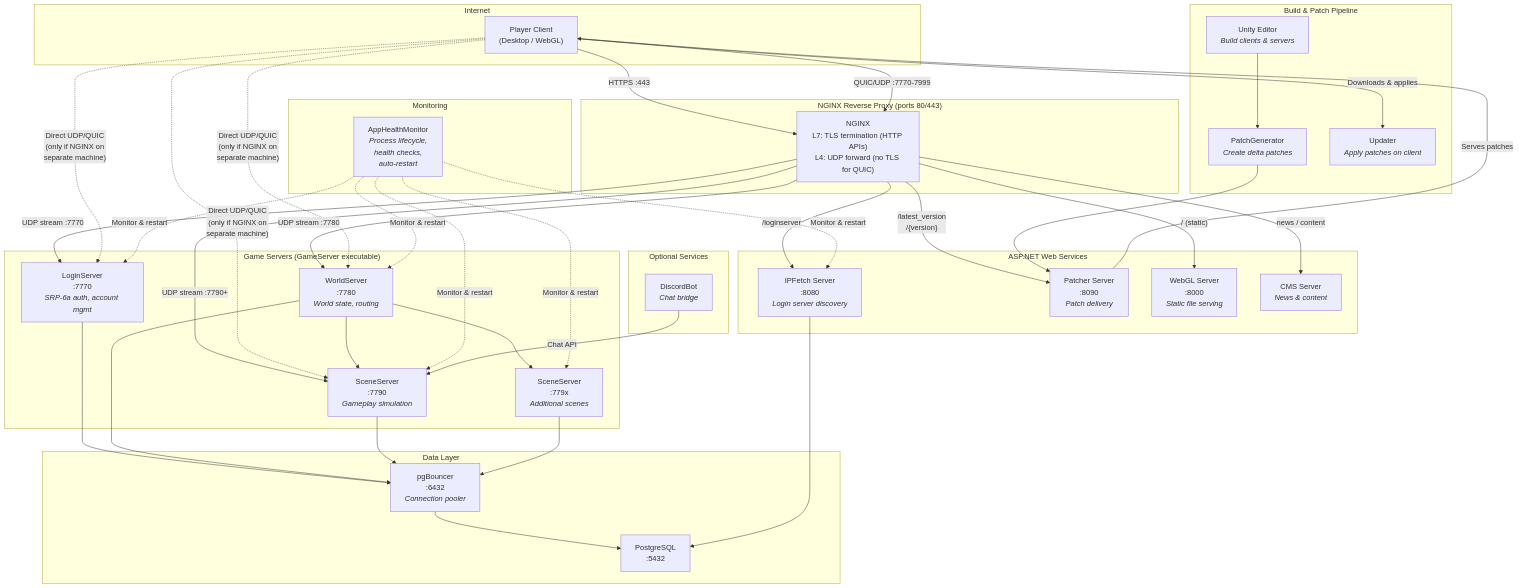
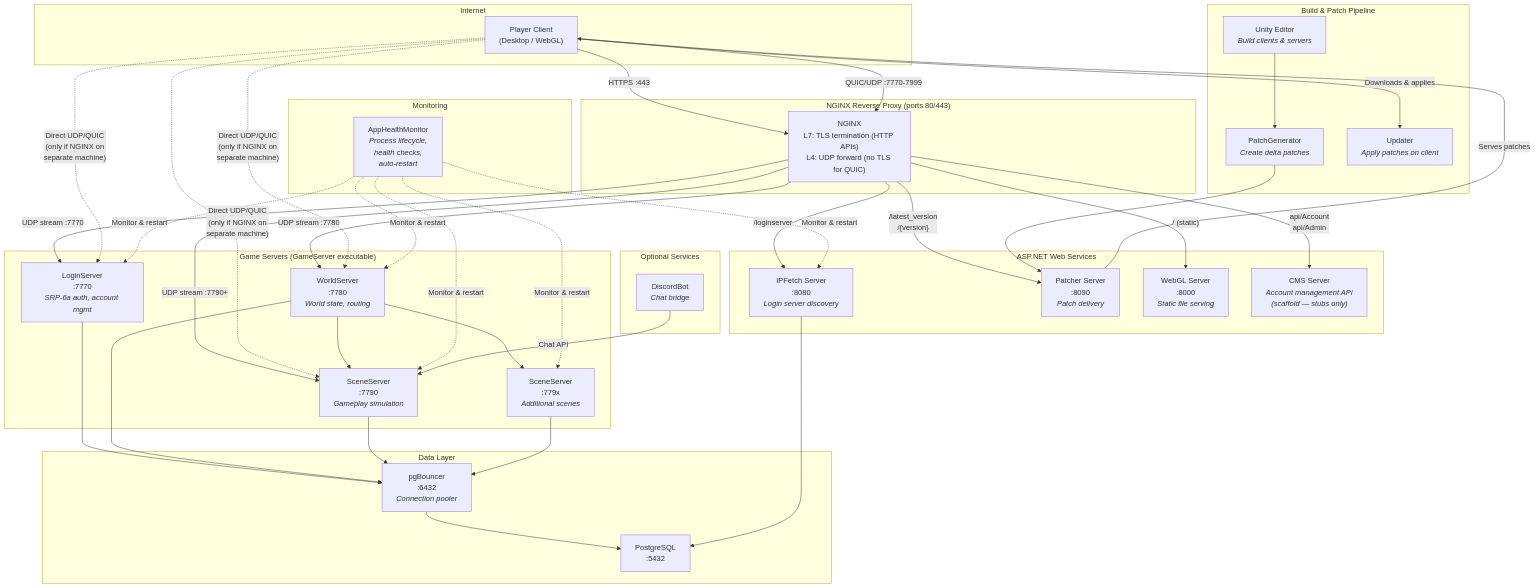
The diagram in README.md (jimdroberts/FishMMO), drawn with Mermaid before and after one commit. The commit also changed other lines of this file and 33 other files, not shown here.

````diff
--- a/README.md
+++ b/README.md
@@ -1870,80 +1955,80 @@
 ```mermaid
 flowchart TB
     subgraph Internet
         Player["Player Client<br/>(Desktop / WebGL)"]
     end
 
     subgraph NGINX["NGINX Reverse Proxy (ports 80/443)"]
         SSL["NGINX<br/>L7: TLS termination (HTTP APIs)<br/>L4: UDP forward (no TLS for QUIC)"]
     end
 
     subgraph WebServices["ASP.NET Web Services"]
         IPFetch["IPFetch Server<br/>:8080<br/><i>Login server discovery</i>"]
         Patcher["Patcher Server<br/>:8090<br/><i>Patch delivery</i>"]
         WebGL["WebGL Server<br/>:8000<br/><i>Static file serving</i>"]
-        CMS["CMS Server<br/><i>News &amp; content</i>"]
+        CMS["CMS Server<br/><i>Account management API<br/>(scaffold — stubs only)</i>"]
     end
 
     subgraph GameServers["Game Servers (GameServer executable)"]
         Login["LoginServer<br/>:7770<br/><i>SRP-6a auth, account mgmt</i>"]
         World["WorldServer<br/>:7780<br/><i>World state, routing</i>"]
         Scene1["SceneServer<br/>:7790<br/><i>Gameplay simulation</i>"]
         SceneN["SceneServer<br/>:779x<br/><i>Additional scenes</i>"]
     end
 
     subgraph DataLayer["Data Layer"]
         PgBouncer["pgBouncer<br/>:6432<br/><i>Connection pooler</i>"]
         PostgreSQL["PostgreSQL<br/>:5432"]
     end
 
     subgraph Monitoring["Monitoring"]
         HealthMon["AppHealthMonitor<br/><i>Process lifecycle,<br/>health checks,<br/>auto-restart</i>"]
     end
 
     subgraph BuildPipeline["Build & Patch Pipeline"]
         Unity["Unity Editor<br/><i>Build clients & servers</i>"]
         PatchGen["PatchGenerator<br/><i>Create delta patches</i>"]
         Updater["Updater<br/><i>Apply patches on client</i>"]
     end
 
     subgraph OptionalServices["Optional Services"]
         DiscordBot["DiscordBot<br/><i>Chat bridge</i>"]
     end
 
     Player -->|"HTTPS :443"| SSL
     Player -->|"QUIC/UDP :7770-7999"| SSL
     SSL -->|"/loginserver"| IPFetch
     SSL -->|"/latest_version<br/>/{version}"| Patcher
     SSL -->|"/ (static)"| WebGL
     SSL -->|"UDP stream :7770"| Login
     SSL -->|"UDP stream :7780"| World
     SSL -->|"UDP stream :7790+"| Scene1
-    SSL -->|"news / content"| CMS
+    SSL -->|"api/Account<br/>api/Admin"| CMS
 
     Player -.->|"Direct UDP/QUIC<br/>(only if NGINX on<br/>separate machine)"| Login
     Player -.->|"Direct UDP/QUIC<br/>(only if NGINX on<br/>separate machine)"| World
     Player -.->|"Direct UDP/QUIC<br/>(only if NGINX on<br/>separate machine)"| Scene1
 
     Login --> PgBouncer
     World --> PgBouncer
     Scene1 --> PgBouncer
     SceneN --> PgBouncer
     PgBouncer --> PostgreSQL
 
     IPFetch --> PostgreSQL
     World --> Scene1
     World --> SceneN
 
     HealthMon -.->|"Monitor & restart"| Login
     HealthMon -.->|"Monitor & restart"| World
     HealthMon -.->|"Monitor & restart"| Scene1
     HealthMon -.->|"Monitor & restart"| SceneN
     HealthMon -.->|"Monitor & restart"| IPFetch
 
     DiscordBot -->|"Chat API"| Scene1
 
     Unity --> PatchGen
     PatchGen --> Patcher
     Patcher -->|"Serves patches"| Player
     Player -->|"Downloads & applies"| Updater
 ```
````
